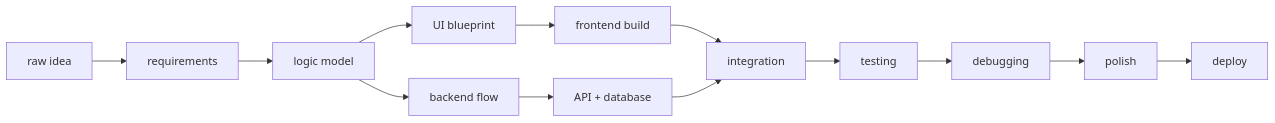
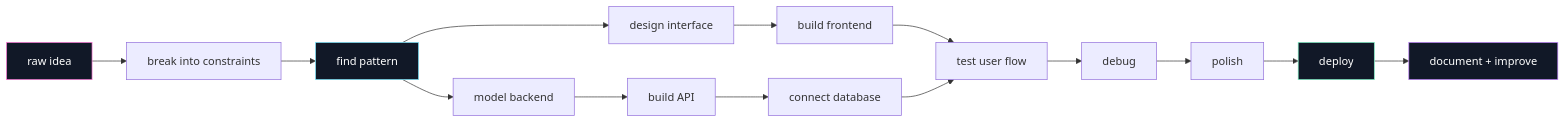
Before and after one commit to Vaidehi92562/vaidehi92562: the diagram in README.md, drawn with Mermaid. The commit also changed other lines of this file, not shown here.

````diff
--- a/README.md
+++ b/README.md
@@ -172,15 +67,21 @@
 ```mermaid
 flowchart LR
-    A["raw idea"] --> B["requirements"]
-    B --> C["logic model"]
-    C --> D["UI blueprint"]
-    C --> E["backend flow"]
-    D --> F["frontend build"]
-    E --> G["API + database"]
-    F --> H["integration"]
-    G --> H
-    H --> I["testing"]
-    I --> J["debugging"]
+    A["raw idea"] --> B["break into constraints"]
+    B --> C["find pattern"]
+    C --> D["design interface"]
+    C --> E["model backend"]
+    D --> F["build frontend"]
+    E --> G["build API"]
+    G --> H["connect database"]
+    F --> I["test user flow"]
+    H --> I
+    I --> J["debug"]
     J --> K["polish"]
     K --> L["deploy"]
+    L --> M["document + improve"]
+
+    style A fill:#111827,stroke:#FF7AD9,color:#fff
+    style C fill:#111827,stroke:#7EE8FF,color:#fff
+    style L fill:#111827,stroke:#7EF0C5,color:#fff
+    style M fill:#111827,stroke:#C084FC,color:#fff
 ```
````
